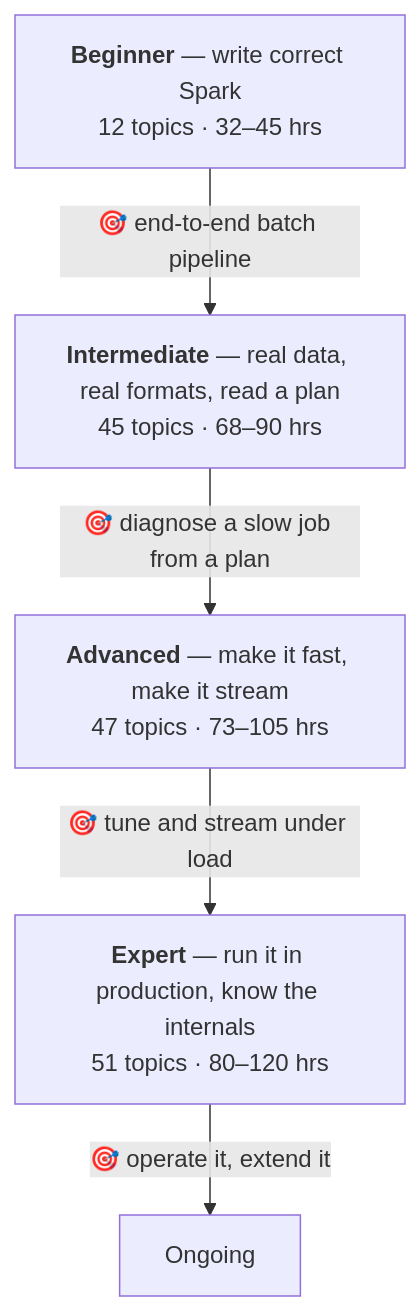
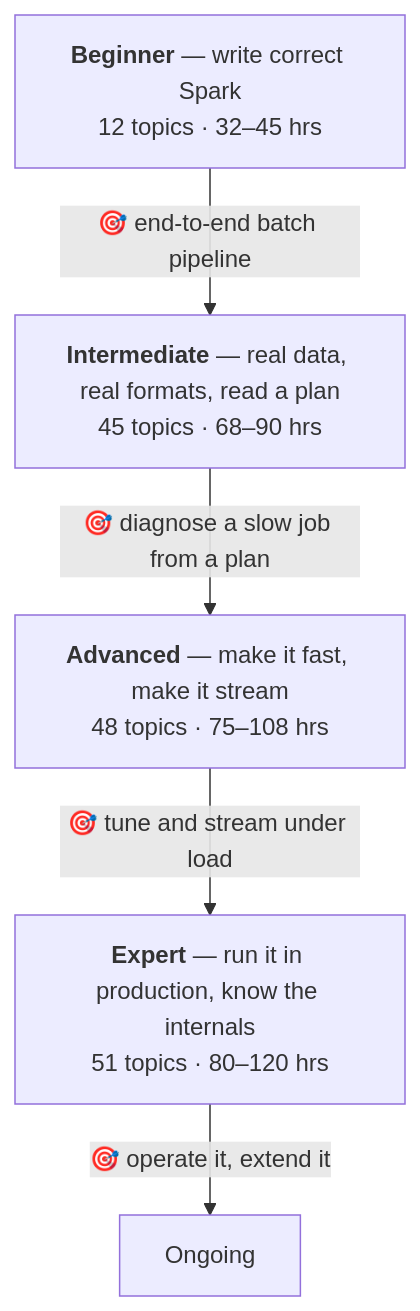
One commit to arindamchoudhury/spark-gyan changed the first of 2 diagrams in docs/learning-path-v2.md. Above: the diagram before and after it, drawn with Mermaid. The commit also changed other lines of this file, not shown here.

````diff
--- a/docs/learning-path-v2.md
+++ b/docs/learning-path-v2.md
@@ -109,11 +111,11 @@
 ```mermaid
 flowchart TD
     B["<b>Beginner</b> — write correct Spark<br/>12 topics · 32–45 hrs"]
     I["<b>Intermediate</b> — real data, real formats, read a plan<br/>45 topics · 68–90 hrs"]
-    A["<b>Advanced</b> — make it fast, make it stream<br/>47 topics · 73–105 hrs"]
+    A["<b>Advanced</b> — make it fast, make it stream<br/>48 topics · 75–108 hrs"]
     E["<b>Expert</b> — run it in production, know the internals<br/>51 topics · 80–120 hrs"]
     B -->|"🎯 end-to-end batch pipeline"| I
     I -->|"🎯 diagnose a slow job from a plan"| A
     A -->|"🎯 tune and stream under load"| E
     E -->|"🎯 operate it, extend it"| Done["Ongoing"]
 ```
````
